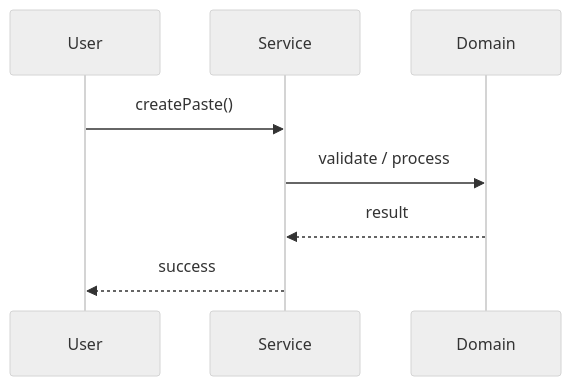
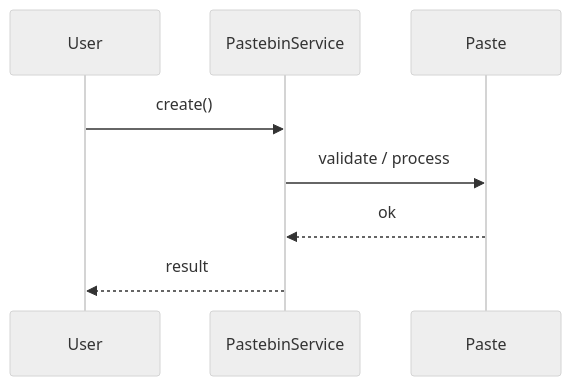
One commit to madhupaila/Interview-Prep-SSE changed the second of 3 diagrams in Learn/System Design - Low Level Design/02-classic-ood/questions/Q62-pastebin-ood.md. Above: the diagram before and after it, drawn with Mermaid (neutral theme). The commit also changed other lines of this file and 491 other files, not shown here.

````diff
--- a/Learn/System Design - Low Level Design/02-classic-ood/questions/Q62-pastebin-ood.md
+++ b/Learn/System Design - Low Level Design/02-classic-ood/questions/Q62-pastebin-ood.md
@@ -121,10 +149,10 @@
 ```mermaid
 sequenceDiagram
-    participant U as User
-    participant S as Service
-    participant D as Domain
-    U->>S: createPaste()
-    S->>D: validate / process
-    D-->>S: result
-    S-->>U: success
+participant U as User
+participant S as PastebinService
+participant D as Paste
+U->>S: create()
+S->>D: validate / process
+D-->>S: ok
+S-->>U: result
 ```
````
